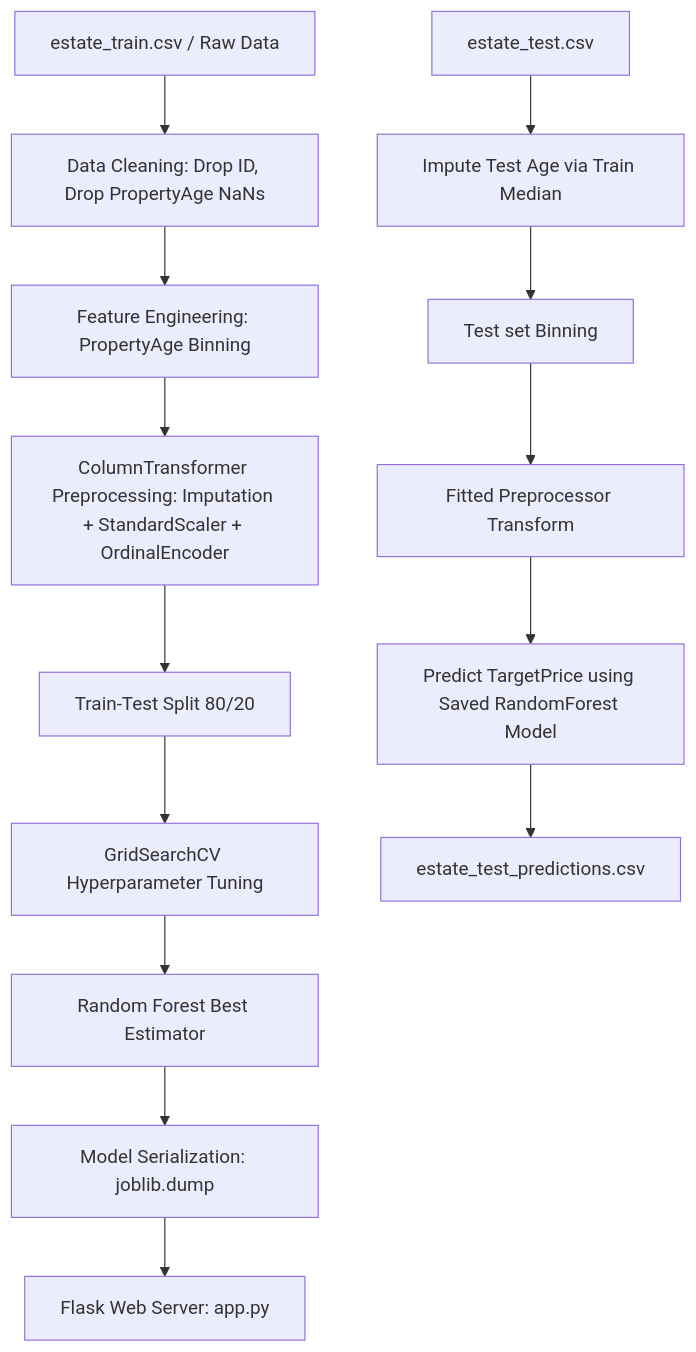
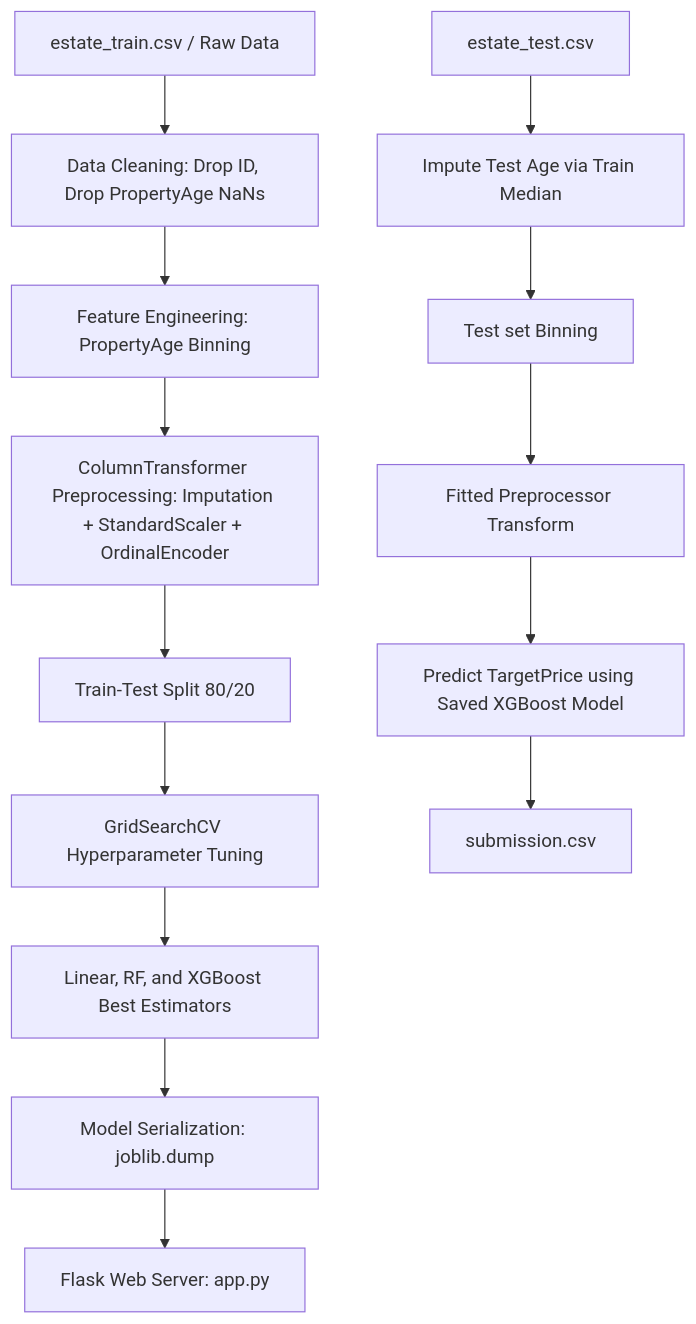
Before and after one commit to hiranweragoda/Predict_housing_price: the diagram in assessment_report_draft.md, drawn with Mermaid. The commit also changed other lines of this file and 10 other files, not shown here.

Commit message:
Train Linear Regression, XGBoost, and Random Forest; Update Web App and Report; Generate submission.csv

````diff
--- a/assessment_report_draft.md
+++ b/assessment_report_draft.md
@@ -68,16 +68,16 @@
 ```mermaid
 graph TD
     A[estate_train.csv / Raw Data] --> B[Data Cleaning: Drop ID, Drop PropertyAge NaNs]
     B --> C[Feature Engineering: PropertyAge Binning]
     C --> D[ColumnTransformer Preprocessing: Imputation + StandardScaler + OrdinalEncoder]
     D --> E[Train-Test Split 80/20]
     E --> F[GridSearchCV Hyperparameter Tuning]
-    F --> G[Random Forest Best Estimator]
+    F --> G[Linear, RF, and XGBoost Best Estimators]
     G --> H[Model Serialization: joblib.dump]
     H --> I[Flask Web Server: app.py]
     J[estate_test.csv] --> K[Impute Test Age via Train Median]
     K --> L[Test set Binning]
     L --> M[Fitted Preprocessor Transform]
-    M --> N[Predict TargetPrice using Saved RandomForest Model]
-    N --> O[estate_test_predictions.csv]
+    M --> N[Predict TargetPrice using Saved XGBoost Model]
+    N --> O[submission.csv]
 ```
````
